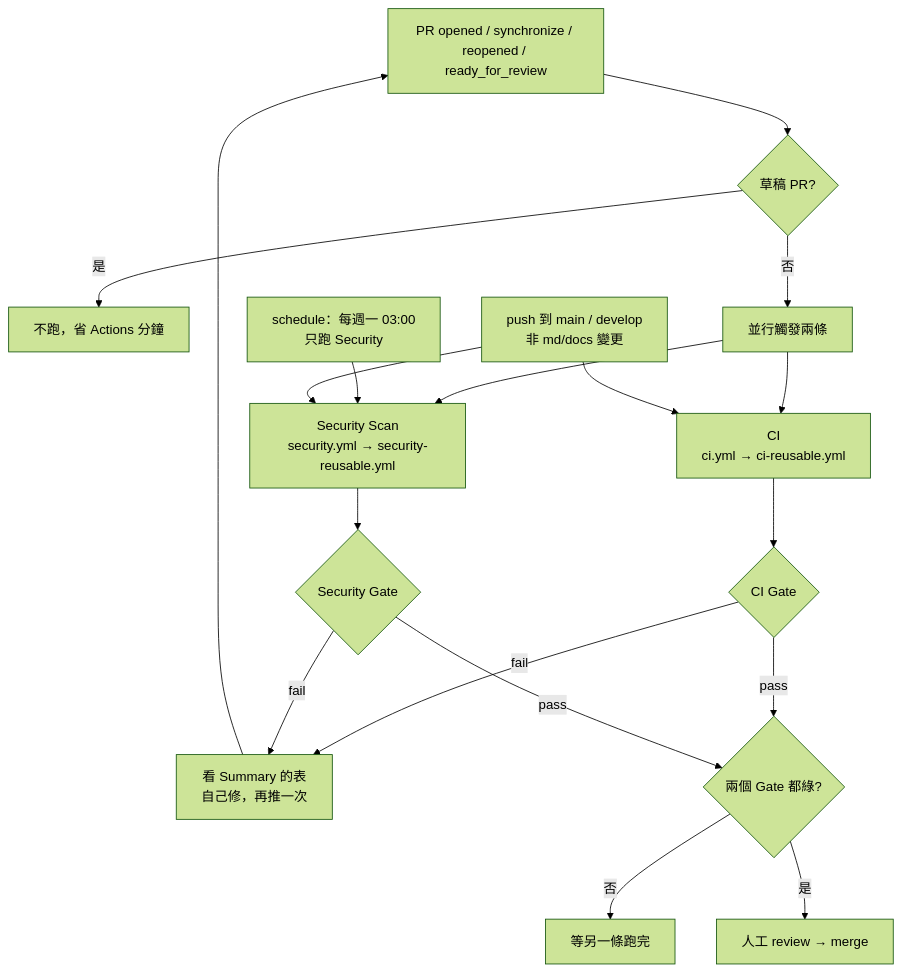
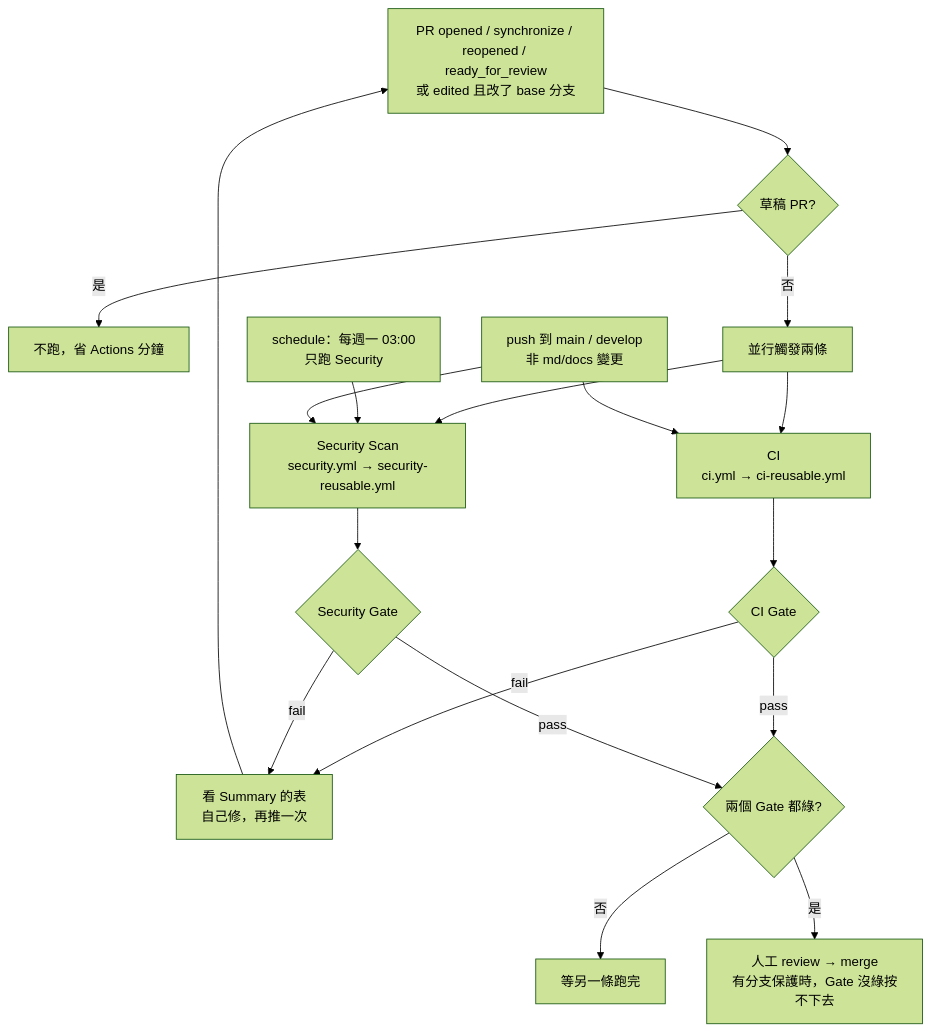
One commit to singi0771/ci-standards changed the first of 3 diagrams in docs/FLOW.md. Above: the diagram before and after it, drawn with Mermaid (forest theme). The commit also changed other lines of this file and 28 other files, not shown here.

````diff
--- a/docs/FLOW.md
+++ b/docs/FLOW.md
@@ -29,25 +29,25 @@
 ```mermaid
 flowchart TD
-    PR[PR opened / synchronize / reopened / ready_for_review] --> DRAFT{草稿 PR?}
+    PR[PR opened / synchronize / reopened / ready_for_review<br/>或 edited 且改了 base 分支] --> DRAFT{草稿 PR?}
     DRAFT -->|是| STOP1[不跑，省 Actions 分鐘]
     DRAFT -->|否| PAR
 
     PAR[並行觸發兩條] --> CI[CI<br/>ci.yml → ci-reusable.yml]
     PAR --> SEC[Security Scan<br/>security.yml → security-reusable.yml]
 
     CI --> CIG{CI Gate}
     SEC --> SG{Security Gate}
 
     CIG -->|fail| FIX[看 Summary 的表<br/>自己修，再推一次]
     SG -->|fail| FIX
     FIX --> PR
 
     CIG -->|pass| BOTH{兩個 Gate 都綠?}
     SG -->|pass| BOTH
     BOTH -->|否| WAIT[等另一條跑完]
-    BOTH -->|是| MERGE[人工 review → merge]
+    BOTH -->|是| MERGE[人工 review → merge<br/>有分支保護時，Gate 沒綠按不下去]
 
     SCHED[schedule：每週一 03:00<br/>只跑 Security] --> SEC
     PUSHMAIN[push 到 main / develop<br/>非 md/docs 變更] --> CI
     PUSHMAIN --> SEC
 ```
````
